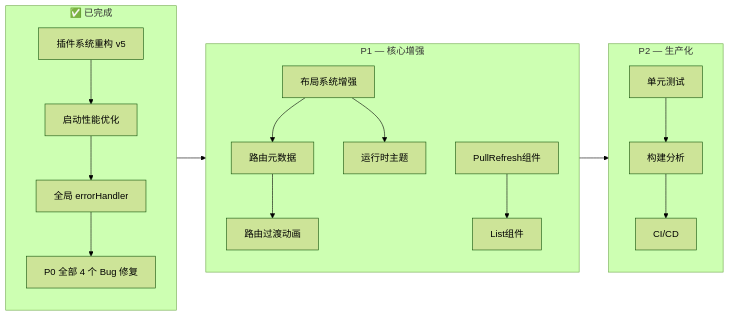
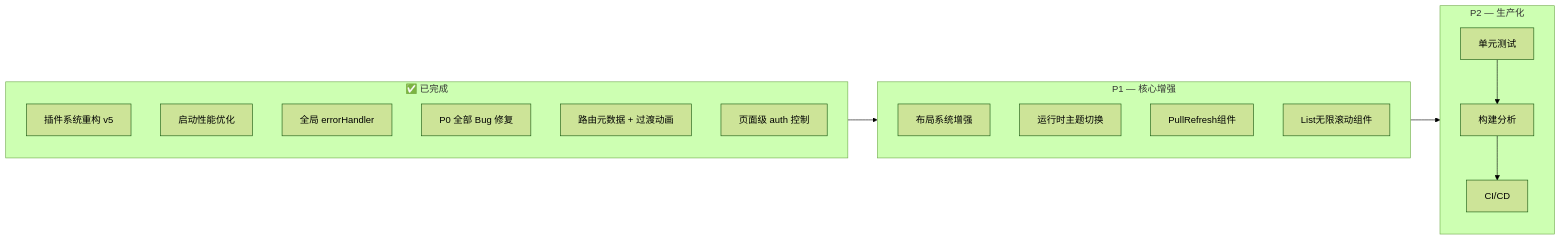
Before and after one commit to m2maomao/vite-plugins-demo: the diagram in plans/framework-deep-analysis.md, drawn with Mermaid (forest theme). The commit also changed other lines of this file, not shown here.

````diff
--- a/plans/framework-deep-analysis.md
+++ b/plans/framework-deep-analysis.md
@@ -409,20 +404,23 @@
 ```mermaid
 flowchart LR
     subgraph Done[✅ 已完成]
-        D1[插件系统重构 v5] --> D2[启动性能优化]
-        D2 --> D3[全局 errorHandler]
-        D3 --> D4[P0 全部 4 个 Bug 修复]
+        D1[插件系统重构 v5]
+        D2[启动性能优化]
+        D3[全局 errorHandler]
+        D4[P0 全部 Bug 修复]
+        D5[路由元数据 + 过渡动画]
+        D6[页面级 auth 控制]
     end
     subgraph P1[P1 — 核心增强]
-        B1[布局系统增强] --> B2[路由元数据]
-        B2 --> B3[路由过渡动画]
-        B1 --> B4[运行时主题]
-        B5[PullRefresh组件] --> B6[List组件]
+        B1[布局系统增强]
+        B2[运行时主题切换]
+        B3[PullRefresh组件]
+        B4[List无限滚动组件]
     end
     subgraph P2[P2 — 生产化]
         C1[单元测试] --> C2[构建分析]
         C2 --> C3[CI/CD]
     end
     Done --> P1
     P1 --> P2
 ```
````
